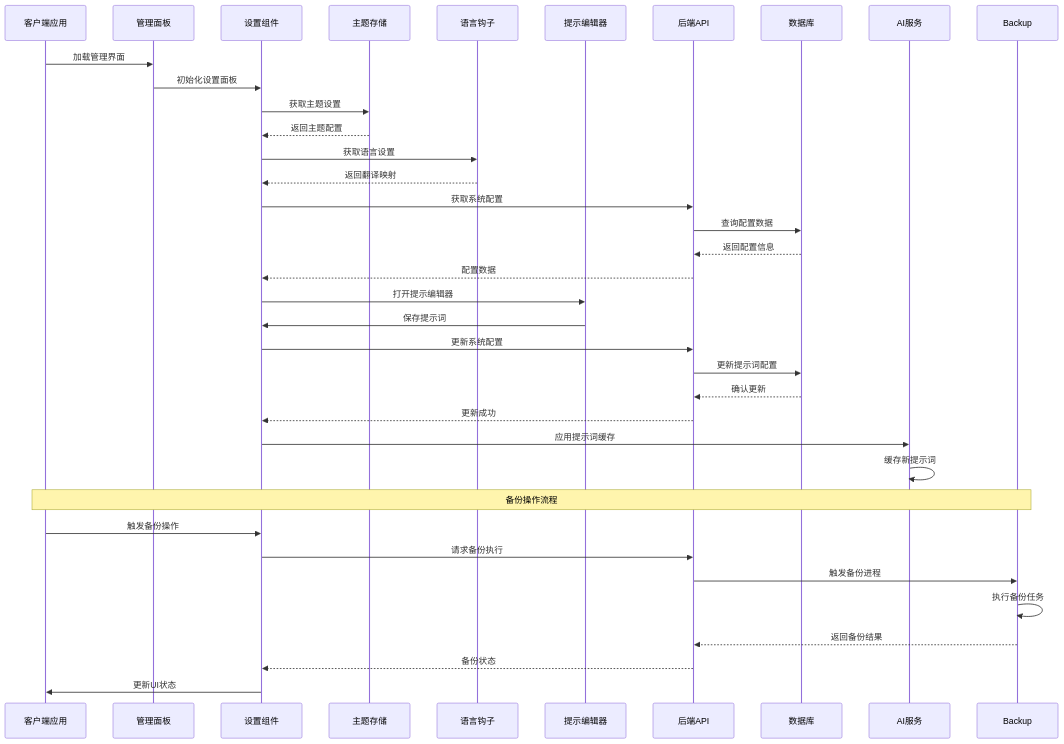
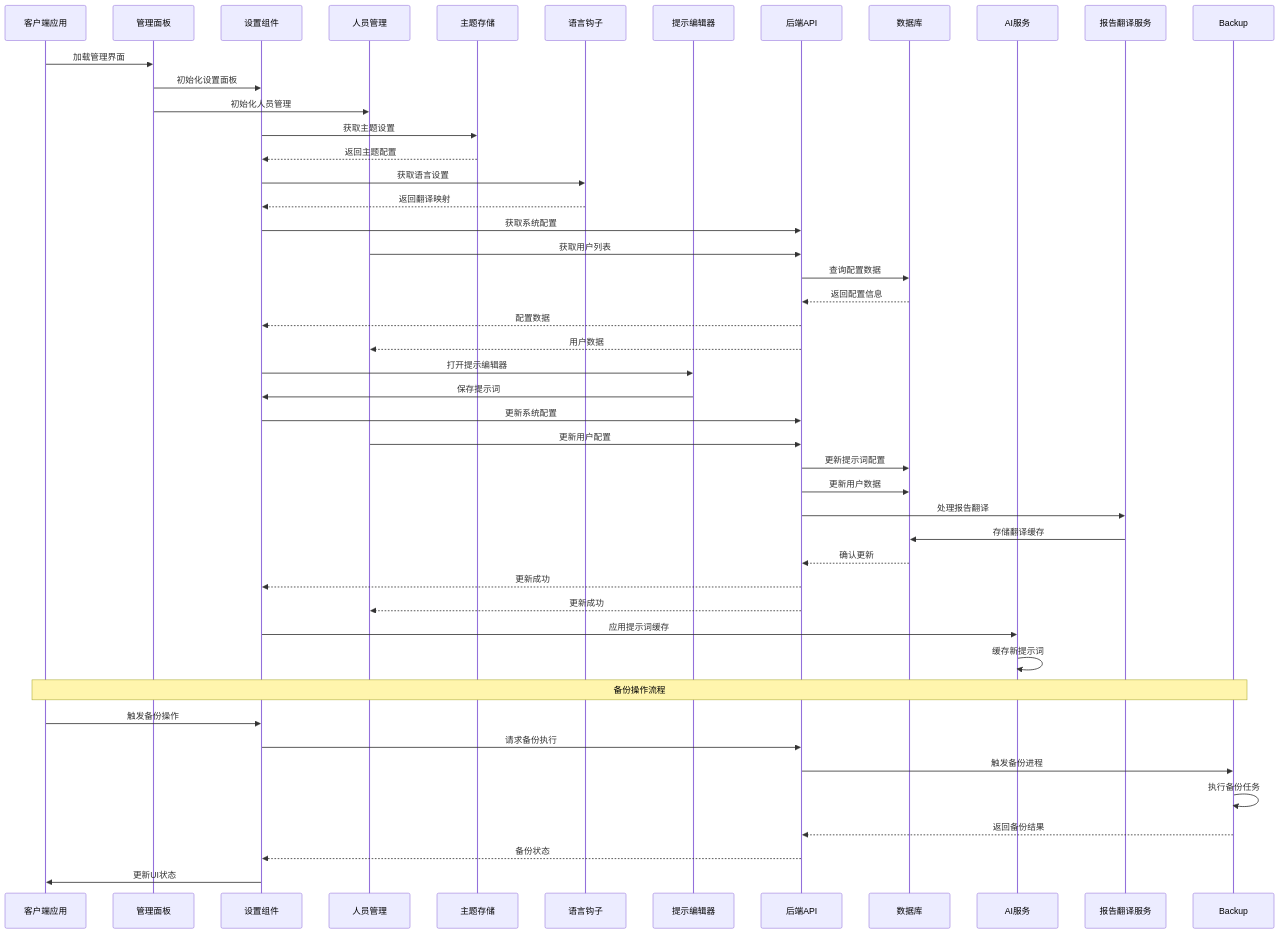
The second of 17 diagrams in .qoder/repowiki/zh/content/Admin Settings Component.md (CubeEdge/Longhorn), drawn with Mermaid before and after one commit. The commit also changed other lines of this file and 53 other files, not shown here.

````diff
--- a/.qoder/repowiki/zh/content/Admin Settings Component.md
+++ b/.qoder/repowiki/zh/content/Admin Settings Component.md
@@ -159,38 +252,48 @@
 ```mermaid
 sequenceDiagram
 participant Client as 客户端应用
 participant AdminPanel as 管理面板
 participant AdminSettings as 设置组件
+participant UserManagement as 人员管理
 participant ThemeStore as 主题存储
 participant LanguageHook as 语言钩子
 participant PromptEditor as 提示编辑器
 participant API as 后端API
 participant Database as 数据库
 participant AIService as AI服务
+participant ReportTranslations as 报告翻译服务
 Client->>AdminPanel : 加载管理界面
 AdminPanel->>AdminSettings : 初始化设置面板
+AdminPanel->>UserManagement : 初始化人员管理
 AdminSettings->>ThemeStore : 获取主题设置
 ThemeStore-->>AdminSettings : 返回主题配置
 AdminSettings->>LanguageHook : 获取语言设置
 LanguageHook-->>AdminSettings : 返回翻译映射
 AdminSettings->>API : 获取系统配置
+UserManagement->>API : 获取用户列表
 API->>Database : 查询配置数据
 Database-->>API : 返回配置信息
 API-->>AdminSettings : 配置数据
+API-->>UserManagement : 用户数据
 AdminSettings->>PromptEditor : 打开提示编辑器
 PromptEditor->>AdminSettings : 保存提示词
 AdminSettings->>API : 更新系统配置
+UserManagement->>API : 更新用户配置
 API->>Database : 更新提示词配置
+API->>Database : 更新用户数据
+API->>ReportTranslations : 处理报告翻译
+ReportTranslations->>Database : 存储翻译缓存
 Database-->>API : 确认更新
 API-->>AdminSettings : 更新成功
+API-->>UserManagement : 更新成功
 AdminSettings->>AIService : 应用提示词缓存
 AIService->>AIService : 缓存新提示词
 Note over Client,Backup : 备份操作流程
 Client->>AdminSettings : 触发备份操作
 AdminSettings->>API : 请求备份执行
 API->>Backup : 触发备份进程
 Backup->>Backup : 执行备份任务
 Backup-->>API : 返回备份结果
 API-->>AdminSettings : 备份状态
 AdminSettings->>Client : 更新UI状态
 ```
````
